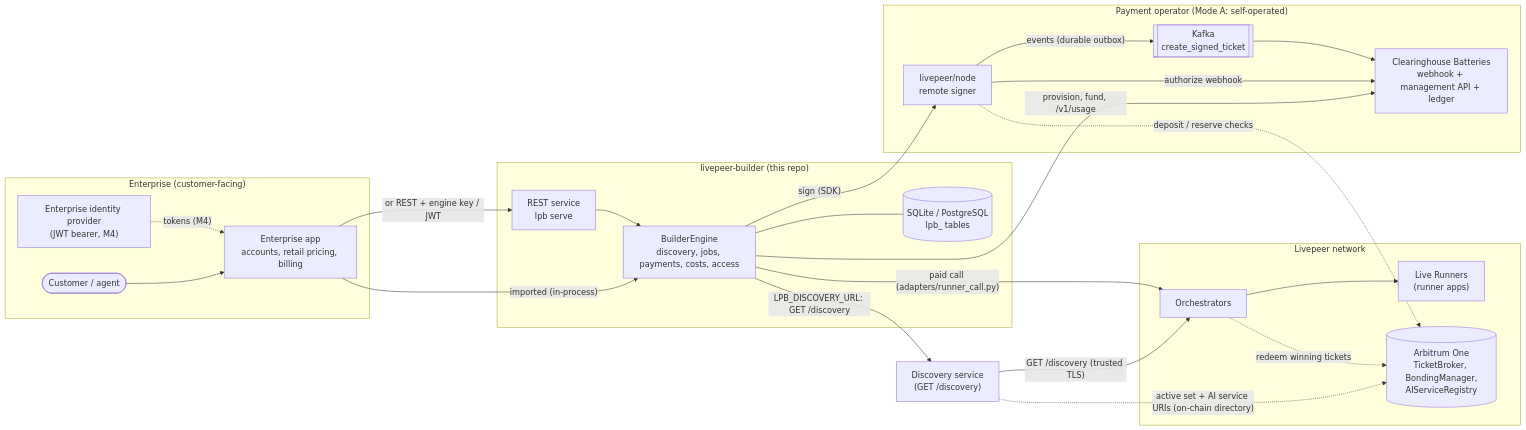
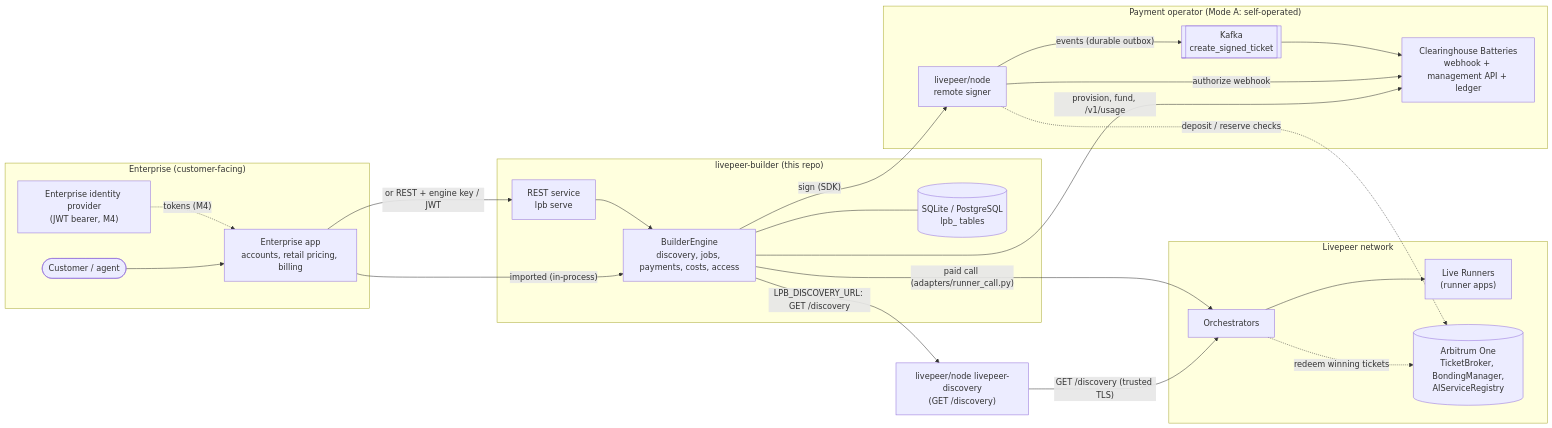
The first of 12 diagrams in docs/design-docs/architecture-diagrams.md (NE-Build-Track/livepeer-builder-core), drawn with Mermaid before and after one commit. The commit also changed 68 other files, not shown here.

First line of the commit message:
refactor(discovery)!: read livepeer/node's /discovery contract

````diff
--- a/docs/design-docs/architecture-diagrams.md
+++ b/docs/design-docs/architecture-diagrams.md
@@ -16,39 +16,38 @@
 ```mermaid
 flowchart LR
     subgraph Enterprise["Enterprise (customer-facing)"]
         User(["Customer / agent"])
         App["Enterprise app<br/>accounts, retail pricing, billing"]
         IdP["Enterprise identity provider<br/>(JWT bearer, M4)"]
     end
     subgraph Engine["livepeer-builder (this repo)"]
         API["REST service<br/>lpb serve"]
         Core["BuilderEngine<br/>discovery, jobs, payments, costs, access"]
         DB[("SQLite / PostgreSQL<br/>lpb_ tables")]
     end
     subgraph Payments["Payment operator (Mode A: self-operated)"]
         Signer["livepeer/node<br/>remote signer"]
         Bat["Clearinghouse Batteries<br/>webhook + management API + ledger"]
         Kafka[["Kafka<br/>create_signed_ticket"]]
     end
     subgraph Network["Livepeer network"]
         Orch["Orchestrators"]
         Runner["Live Runners<br/>(runner apps)"]
         Chain[("Arbitrum One<br/>TicketBroker, BondingManager,<br/>AIServiceRegistry")]
     end
-    DiscSvc["Discovery service<br/>(GET /discovery)"]
+    DiscSvc["livepeer/node livepeer-discovery<br/>(GET /discovery)"]
     User --> App
     App -->|"imported (in-process)"| Core
     App -->|"or REST + engine key / JWT"| API --> Core
     IdP -.->|"tokens (M4)"| App
     Core --- DB
     Core -->|"sign (SDK)"| Signer
     Core -->|"LPB_DISCOVERY_URL: GET /discovery"| DiscSvc
     DiscSvc -->|"GET /discovery (trusted TLS)"| Orch
-    DiscSvc -.->|"active set + AI service URIs (on-chain directory)"| Chain
     Core -->|"provision, fund, /v1/usage"| Bat
     Core -->|"paid call (adapters/runner_call.py)"| Orch --> Runner
     Signer -->|"authorize webhook"| Bat
     Signer -->|"events (durable outbox)"| Kafka --> Bat
     Signer -.->|"deposit / reserve checks"| Chain
     Orch -.->|"redeem winning tickets"| Chain
 ```
````
